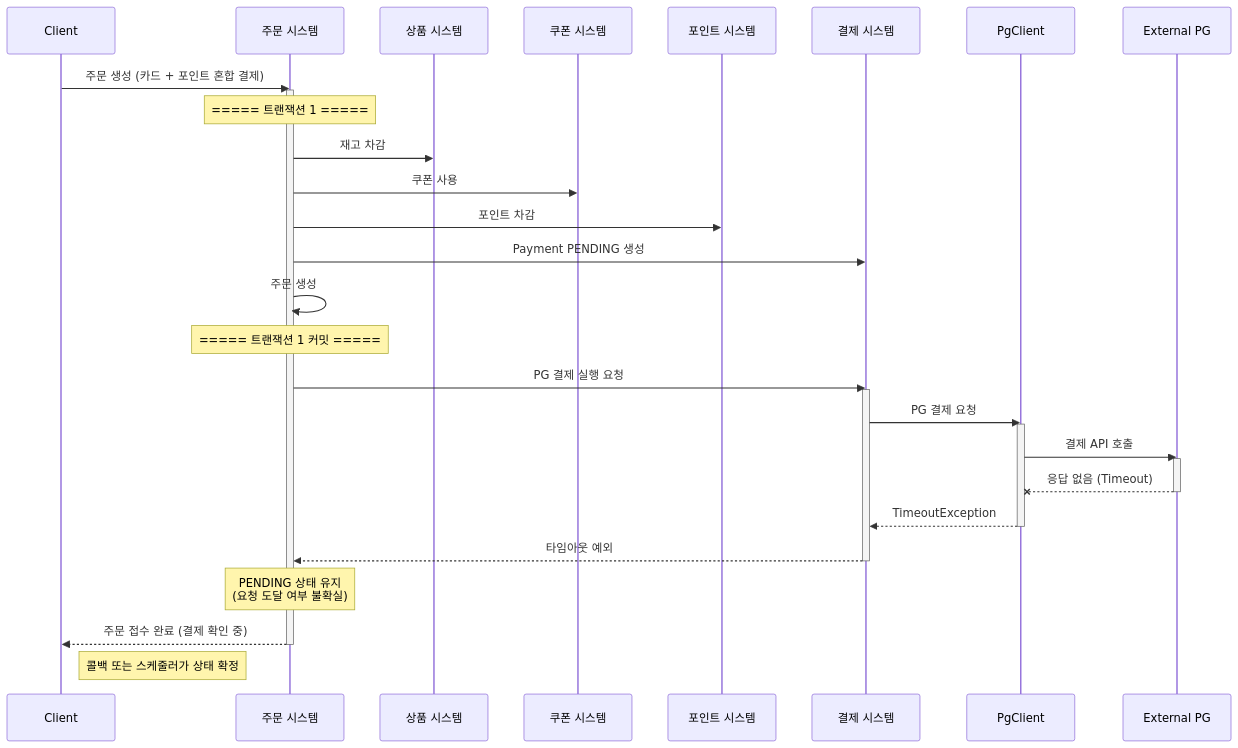
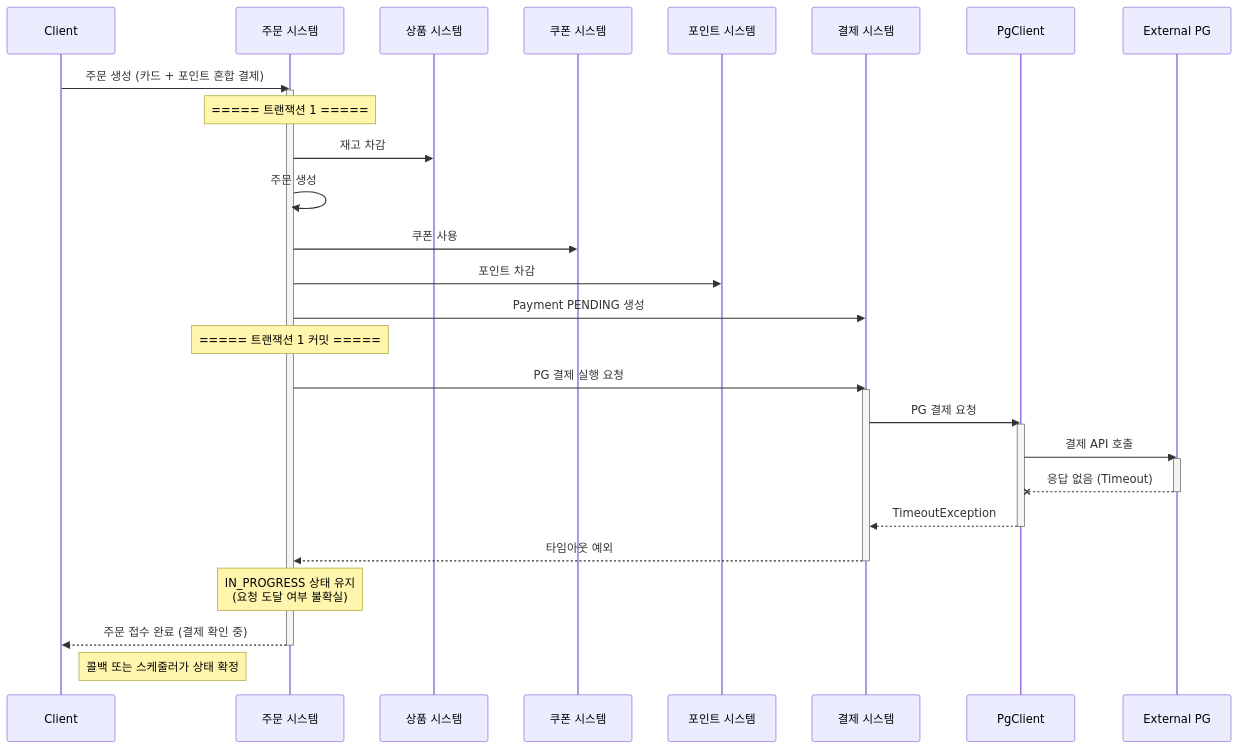
Before and after one commit to Loopers-dev-lab/loopers-spring-kotlin-template: the fourth of 7 diagrams in docs/week6/솔루션_설계_문서.md, drawn with Mermaid. The commit also changed other lines of this file and 1 other file, not shown here.

````diff
--- a/docs/week6/솔루션_설계_문서.md
+++ b/docs/week6/솔루션_설계_문서.md
@@ -293,36 +295,36 @@
 ```mermaid
 sequenceDiagram
     participant C as Client
     participant OF as 주문 시스템
     participant PS as 상품 시스템
     participant CS as 쿠폰 시스템
     participant POS as 포인트 시스템
     participant PMS as 결제 시스템
     participant PG as PgClient
     participant EPG as External PG
     C ->> OF: 주문 생성 (카드 + 포인트 혼합 결제)
     activate OF
     Note over OF: ===== 트랜잭션 1 =====
     OF ->> PS: 재고 차감
+    OF ->> OF: 주문 생성
     OF ->> CS: 쿠폰 사용
     OF ->> POS: 포인트 차감
     OF ->> PMS: Payment PENDING 생성
-    OF ->> OF: 주문 생성
     Note over OF: ===== 트랜잭션 1 커밋 =====
     OF ->> PMS: PG 결제 실행 요청
     activate PMS
     PMS ->> PG: PG 결제 요청
     activate PG
     PG ->> EPG: 결제 API 호출
     activate EPG
     EPG --x PG: 응답 없음 (Timeout)
     deactivate EPG
     PG -->> PMS: TimeoutException
     deactivate PG
     PMS -->> OF: 타임아웃 예외
     deactivate PMS
-    Note over OF: PENDING 상태 유지<br/>(요청 도달 여부 불확실)
+    Note over OF: IN_PROGRESS 상태 유지<br/>(요청 도달 여부 불확실)
     OF -->> C: 주문 접수 완료 (결제 확인 중)
     deactivate OF
     Note right of C: 콜백 또는 스케줄러가 상태 확정
 ```
````
